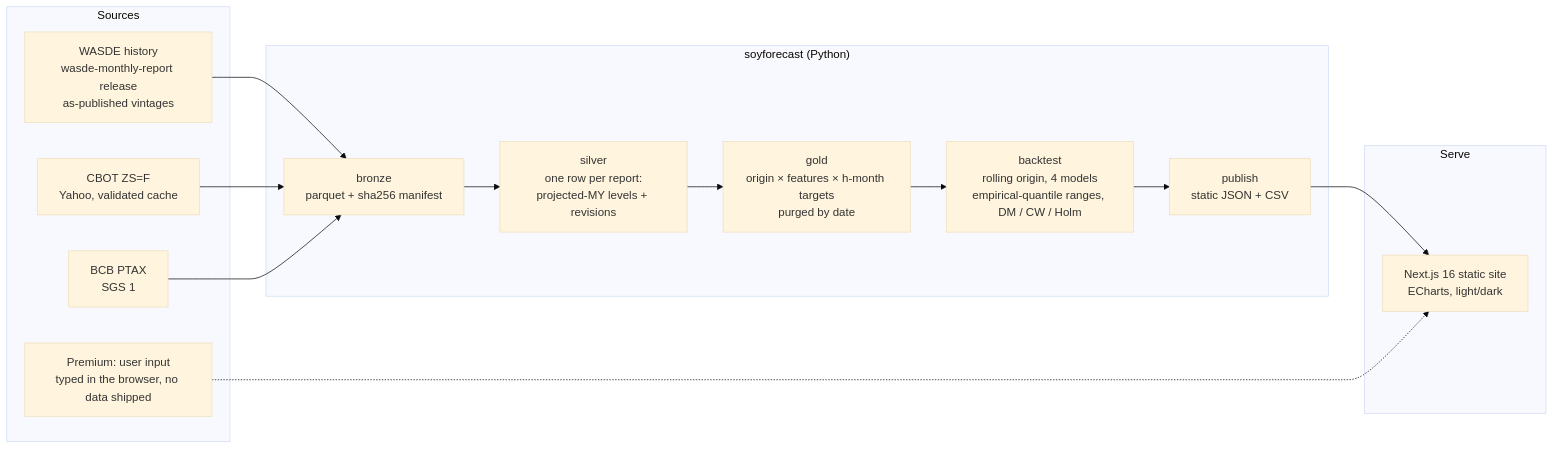
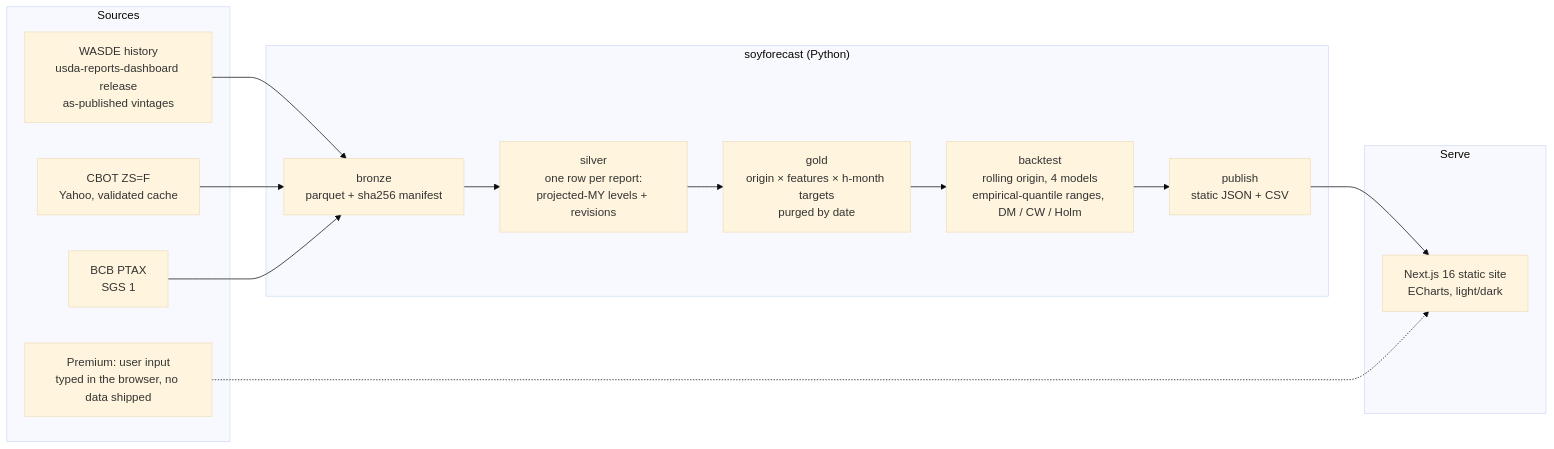
Before and after one commit to rossi-diego/soy-outlook: the diagram in README.md, drawn with Mermaid (base theme). The commit also changed other lines of this file and 4 other files, not shown here.

First line of the commit message:
chore: point the WASDE history at the renamed usda-reports-dashboard repo (#9)

````diff
--- a/README.md
+++ b/README.md
@@ -102,24 +102,24 @@
 ```mermaid
 flowchart LR
     subgraph Sources
-        A[WASDE history<br/>wasde-monthly-report release<br/>as-published vintages]
+        A[WASDE history<br/>usda-reports-dashboard release<br/>as-published vintages]
         B[CBOT ZS=F<br/>Yahoo, validated cache]
         C[BCB PTAX<br/>SGS 1]
         D[Premium: user input<br/>typed in the browser, no data shipped]
     end
     subgraph Pipeline["soyforecast (Python)"]
         E[bronze<br/>parquet + sha256 manifest]
         F[silver<br/>one row per report:<br/>projected-MY levels + revisions]
         G[gold<br/>origin × features × h-month targets<br/>purged by date]
         H[backtest<br/>rolling origin, 4 models<br/>empirical-quantile ranges, DM / CW / Holm]
         I[publish<br/>static JSON + CSV]
     end
     subgraph Serve
         J[Next.js 16 static site<br/>ECharts, light/dark]
     end
     A --> E
     B --> E
     C --> E
     E --> F --> G --> H --> I --> J
     D -.-> J
 ```
````
